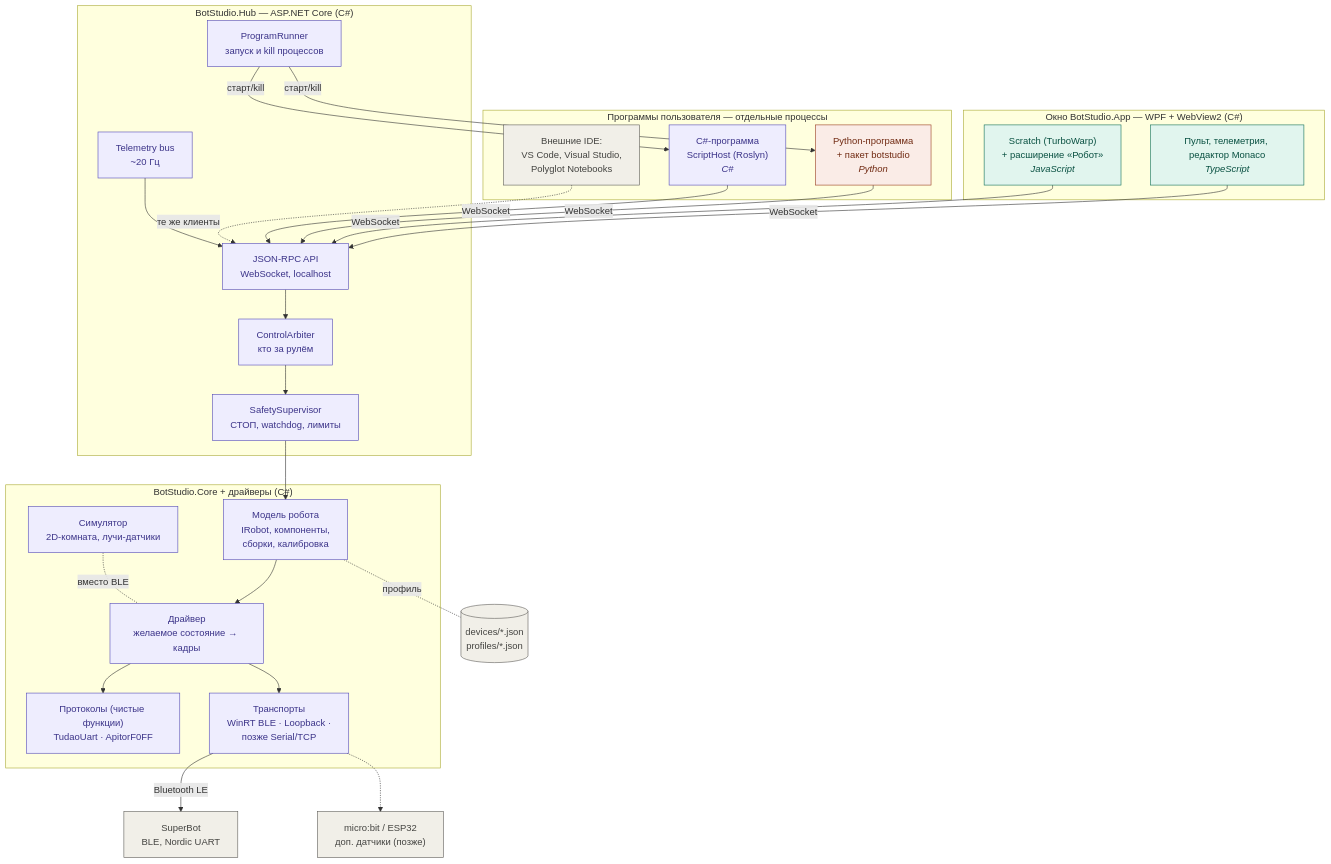
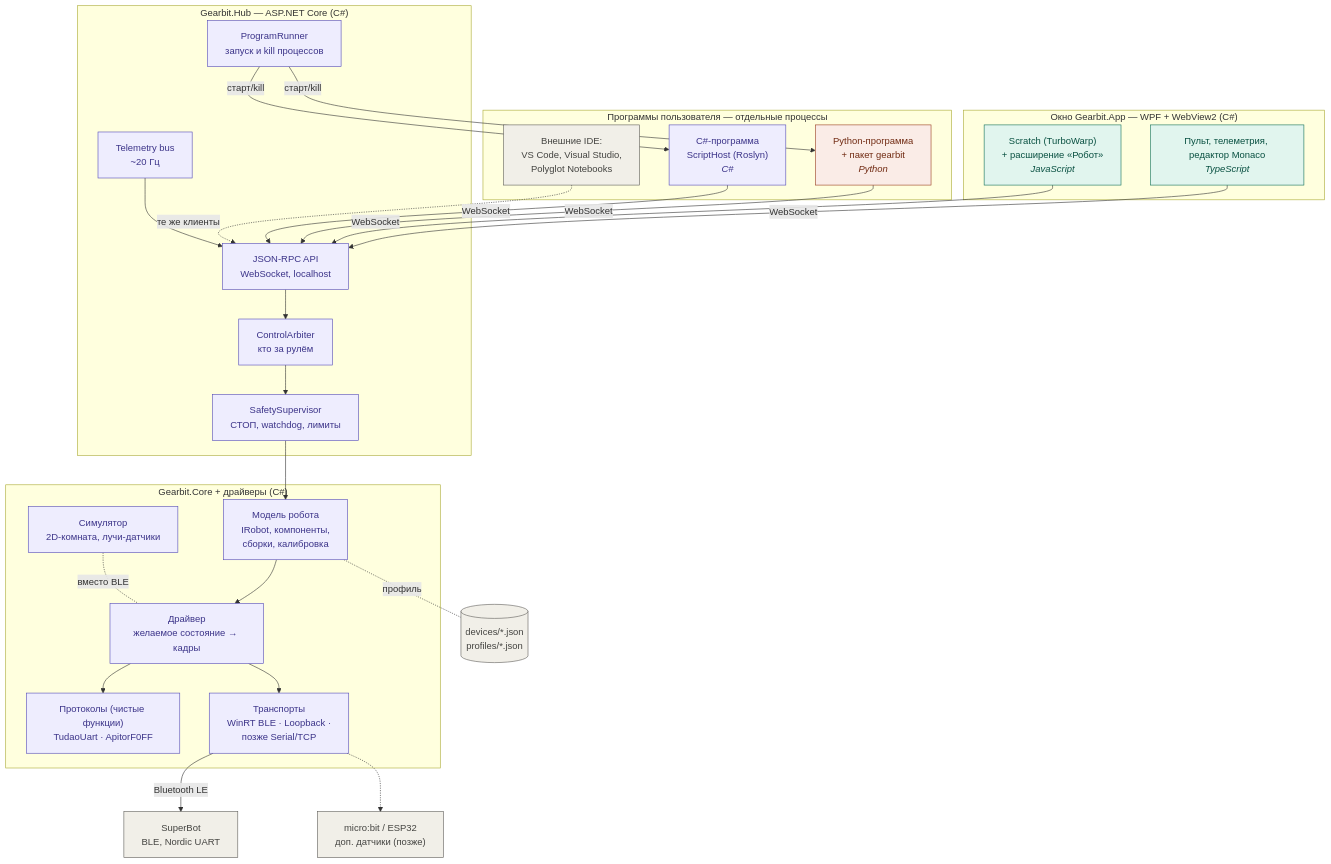
The first of 3 diagrams in docs/ARCHITECTURE.md (EugeneSoftwareDeveloper/Gearbit), drawn with Mermaid before and after one commit. The commit also changed other lines of this file and 112 other files, not shown here.

First line of the commit message:
Переименование проекта: BotStudio → Gearbit

````diff
--- a/docs/ARCHITECTURE.md
+++ b/docs/ARCHITECTURE.md
@@ -9,55 +9,55 @@
 ```mermaid
 flowchart TB
-    subgraph WIN["Окно BotStudio.App — WPF + WebView2 (C#)"]
+    subgraph WIN["Окно Gearbit.App — WPF + WebView2 (C#)"]
         UI["Пульт, телеметрия, редактор Monaco<br/><i>TypeScript</i>"]
         SCR["Scratch (TurboWarp)<br/>+ расширение «Робот»<br/><i>JavaScript</i>"]
     end
 
     subgraph PROC["Программы пользователя — отдельные процессы"]
-        PY["Python-программа<br/>+ пакет botstudio<br/><i>Python</i>"]
+        PY["Python-программа<br/>+ пакет gearbit<br/><i>Python</i>"]
         CS["C#-программа<br/>ScriptHost (Roslyn)<br/><i>C#</i>"]
         IDE["Внешние IDE:<br/>VS Code, Visual Studio,<br/>Polyglot Notebooks"]
     end
 
-    subgraph HUB["BotStudio.Hub — ASP.NET Core (C#)"]
+    subgraph HUB["Gearbit.Hub — ASP.NET Core (C#)"]
         RPC["JSON-RPC API<br/>WebSocket, localhost"]
         ARB["ControlArbiter<br/>кто за рулём"]
         SAFE["SafetySupervisor<br/>СТОП, watchdog, лимиты"]
         TEL["Telemetry bus<br/>~20 Гц"]
         RUN["ProgramRunner<br/>запуск и kill процессов"]
     end
 
-    subgraph CORE["BotStudio.Core + драйверы (C#)"]
+    subgraph CORE["Gearbit.Core + драйверы (C#)"]
         MODEL["Модель робота<br/>IRobot, компоненты,<br/>сборки, калибровка"]
         DRV["Драйвер<br/>желаемое состояние → кадры"]
         PROTO["Протоколы (чистые функции)<br/>TudaoUart · ApitorF0FF"]
         TR["Транспорты<br/>WinRT BLE · Loopback ·<br/>позже Serial/TCP"]
         SIM["Симулятор<br/>2D-комната, лучи-датчики"]
     end
 
     JSON[("devices/*.json<br/>profiles/*.json")]
     BOT["SuperBot<br/>BLE, Nordic UART"]
     EXT["micro:bit / ESP32<br/>доп. датчики (позже)"]
 
     UI & SCR -->|WebSocket| RPC
     PY & CS -->|WebSocket| RPC
     IDE -.->|те же клиенты| RPC
     RPC --> ARB --> SAFE --> MODEL
     TEL --> RPC
     RUN -->|старт/kill| PY & CS
     MODEL --> DRV --> PROTO
     DRV --> TR
     MODEL -. профиль .- JSON
     TR -->|Bluetooth LE| BOT
     TR -.-> EXT
     SIM -. вместо BLE .- DRV
 
     classDef cs fill:#EEEDFE,stroke:#534AB7,color:#3C3489
     classDef ts fill:#E1F5EE,stroke:#0F6E56,color:#085041
     classDef py fill:#FAECE7,stroke:#993C1D,color:#712B13
     classDef data fill:#F1EFE8,stroke:#5F5E5A,color:#444441
     class RPC,ARB,SAFE,TEL,RUN,MODEL,DRV,PROTO,TR,SIM,CS cs
     class UI,SCR ts
     class PY py
     class JSON,BOT,EXT,IDE data
 ```
````
